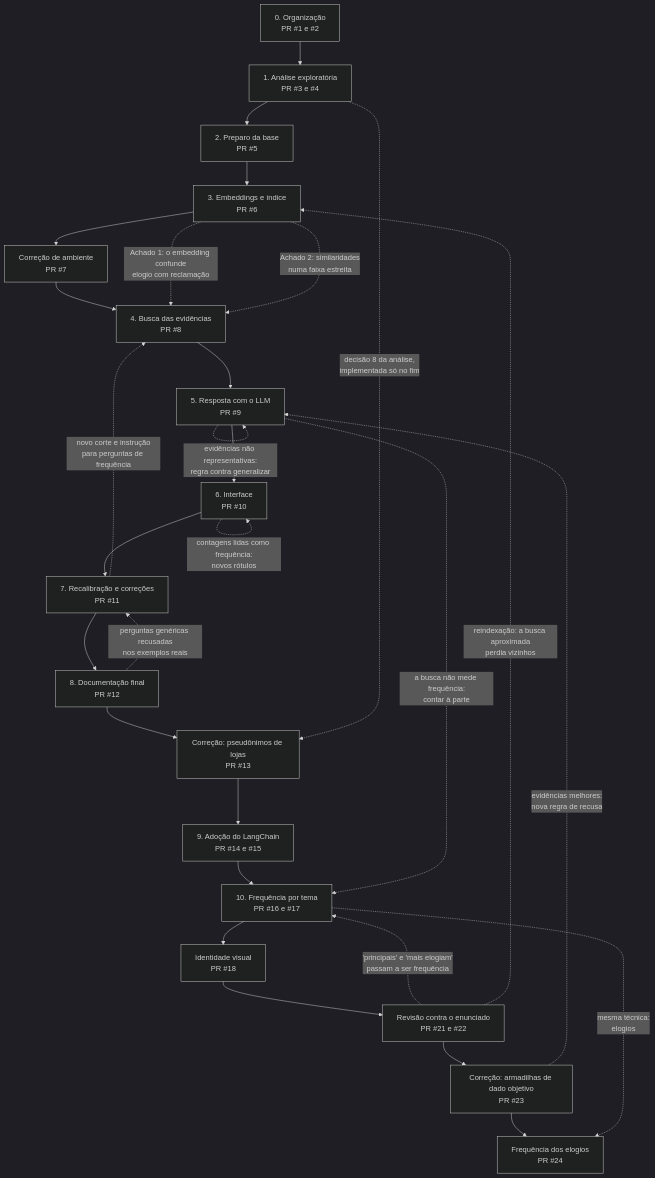
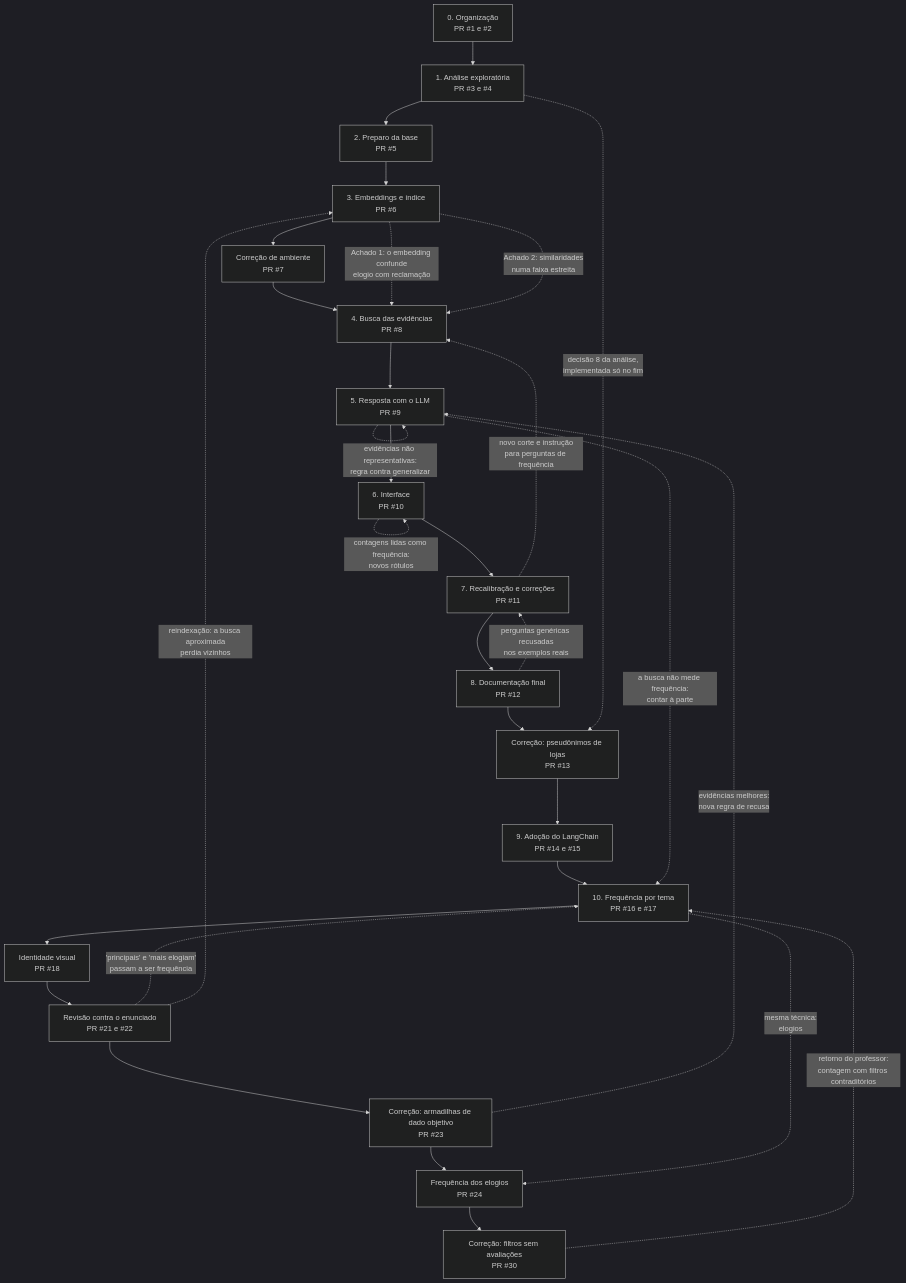
One commit to Dinaldorc/tech-challenge-fase4 changed the diagram in docs/processo.md. Above: the diagram before and after it, drawn with Mermaid (dark theme). The commit also changed other lines of this file and 4 other files, not shown here.

````diff
--- a/docs/processo.md
+++ b/docs/processo.md
@@ -16,32 +16,34 @@
 ```mermaid
 flowchart TD
     E0["0. Organização<br/>PR #1 e #2"] --> E1["1. Análise exploratória<br/>PR #3 e #4"]
     E1 --> E2["2. Preparo da base<br/>PR #5"]
     E2 --> E3["3. Embeddings e índice<br/>PR #6"]
     E3 --> E3b["Correção de ambiente<br/>PR #7"]
     E3b --> E4["4. Busca das evidências<br/>PR #8"]
     E4 --> E5["5. Resposta com o LLM<br/>PR #9"]
     E5 --> E6["6. Interface<br/>PR #10"]
     E6 --> E7["7. Recalibração e correções<br/>PR #11"]
     E7 --> E8["8. Documentação final<br/>PR #12"]
     E8 --> E9["Correção: pseudônimos de lojas<br/>PR #13"]
     E9 --> E10["9. Adoção do LangChain<br/>PR #14 e #15"]
     E10 --> E11["10. Frequência por tema<br/>PR #16 e #17"]
     E11 --> E12["Identidade visual<br/>PR #18"]
     E12 --> E13["Revisão contra o enunciado<br/>PR #21 e #22"]
     E13 --> E14["Correção: armadilhas de dado objetivo<br/>PR #23"]
     E14 --> E15["Frequência dos elogios<br/>PR #24"]
+    E15 --> E16["Correção: filtros sem avaliações<br/>PR #30"]
     E13 -.->|"'principais' e 'mais elogiam'<br/>passam a ser frequência"| E11
     E5 -.->|"a busca não mede frequência:<br/>contar à parte"| E11
     E13 -.->|"reindexação: a busca aproximada<br/>perdia vizinhos"| E3
     E14 -.->|"evidências melhores:<br/>nova regra de recusa"| E5
     E11 -.->|"mesma técnica:<br/>elogios"| E15
+    E16 -.->|"retorno do professor:<br/>contagem com filtros contraditórios"| E11
 
     E3 -.->|"Achado 1: o embedding confunde<br/>elogio com reclamação"| E4
     E3 -.->|"Achado 2: similaridades<br/>numa faixa estreita"| E4
     E5 -.->|"evidências não representativas:<br/>regra contra generalizar"| E5
     E6 -.->|"contagens lidas como frequência:<br/>novos rótulos"| E6
     E8 -.->|"perguntas genéricas recusadas<br/>nos exemplos reais"| E7
     E7 -.->|"novo corte e instrução<br/>para perguntas de frequência"| E4
     E1 -.->|"decisão 8 da análise,<br/>implementada só no fim"| E9
 ```
````
